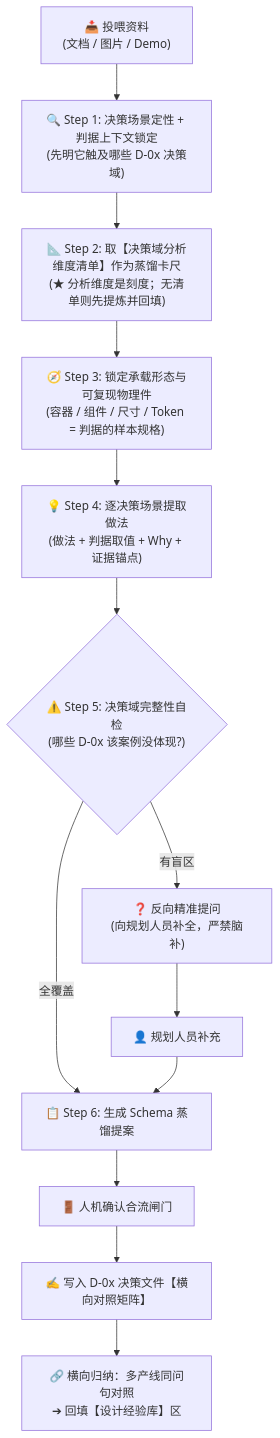
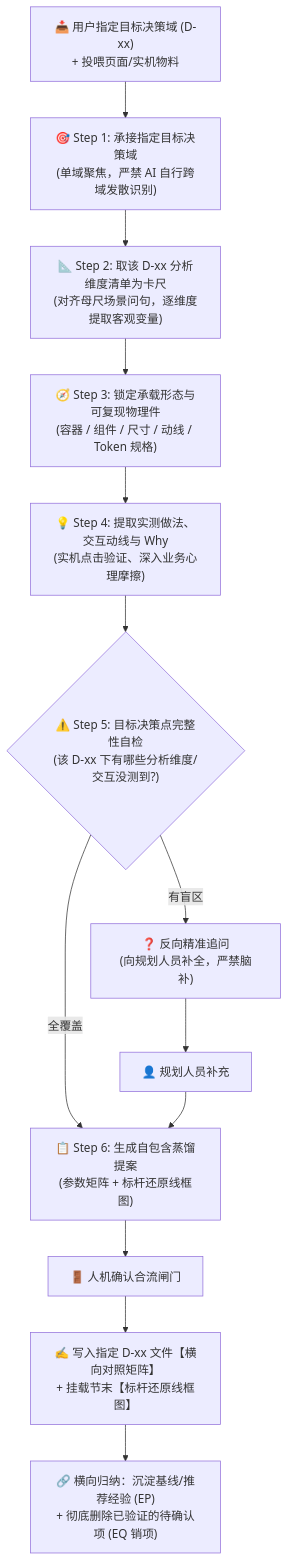
One commit to wangjue2026/skill-designer-prism changed the diagram in 05-learning-materials/通用设计案例蒸馏指南.md. Above: the diagram before and after it, drawn with Mermaid. The commit also changed other lines of this file and 16 other files, not shown here.

Commit message:
refactor(distill): 优化通用设计案例蒸馏指南Schema与决策库100%自包含骨架，清理冗余素材

````diff
--- a/05-learning-materials/通用设计案例蒸馏指南.md
+++ b/05-learning-materials/通用设计案例蒸馏指南.md
@@ -49,20 +51,20 @@
 ```mermaid
 graph TD
-    Input["📥 投喂资料<br>(文档 / 图片 / Demo)"] --> S1["🔍 Step 1: 决策场景定性 + 判据上下文锁定<br>(先明它触及哪些 D-0x 决策域)"]
+    Input["📥 用户指定目标决策域 (D-xx)<br>+ 投喂页面/实机物料"] --> S1["🎯 Step 1: 承接指定目标决策域<br>(单域聚焦，严禁 AI 自行跨域发散识别)"]
 
-    S1 --> S2["📐 Step 2: 取【决策域分析维度清单】作为蒸馏卡尺<br>(★ 分析维度是刻度；无清单则先提炼并回填)"]
+    S1 --> S2["📐 Step 2: 取该 D-xx 分析维度清单为卡尺<br>(对齐母尺场景问句，逐维度提取客观变量)"]
 
-    S2 --> S3["🧭 Step 3: 锁定承载形态与可复现物理件<br>(容器 / 组件 / 尺寸 / Token = 判据的样本规格)"]
+    S2 --> S3["🧭 Step 3: 锁定承载形态与可复现物理件<br>(容器 / 组件 / 尺寸 / 动线 / Token 规格)"]
 
-    S3 --> S4["💡 Step 4: 逐决策场景提取做法<br>(做法 + 判据取值 + Why + 证据锚点)"]
+    S3 --> S4["💡 Step 4: 提取实测做法、交互动线与 Why<br>(实机点击验证、深入业务心理摩擦)"]
 
-    S4 --> S5{"⚠️ Step 5: 决策域完整性自检<br>(哪些 D-0x 该案例没体现?)"}
+    S4 --> S5{"⚠️ Step 5: 目标决策点完整性自检<br>(该 D-xx 下有哪些分析维度/交互没测到?)"}
 
-    S5 -- "有盲区" --> Ask["❓ 反向精准提问<br>(向规划人员补全，严禁脑补)"]
-    S5 -- "全覆盖" --> S6["📋 Step 6: 生成 Schema 蒸馏提案"]
+    S5 -- "有盲区" --> Ask["❓ 反向精准追问<br>(向规划人员补全，严禁脑补)"]
+    S5 -- "全覆盖" --> S6["📋 Step 6: 生成自包含蒸馏提案<br>(参数矩阵 + 标杆还原线框图)"]
 
     Ask --> UserReply["👤 规划人员补充"] --> S6
     S6 --> Gate["🚪 人机确认合流闸门"]
-    Gate --> Write["✍️ 写入 D-0x 决策文件【横向对照矩阵】"]
-    Write --> Induce["🔗 横向归纳：多产线同问句对照<br>➔ 回填【设计经验库】区"]
+    Gate --> Write["✍️ 写入指定 D-xx 文件【横向对照矩阵】<br>+ 挂载节末【标杆还原线框图】"]
+    Write --> Induce["🔗 横向归纳：沉淀基线/推荐经验 (EP)<br>+ 彻底删除已验证的待确认项 (EQ 销项)"]
 ```
````
